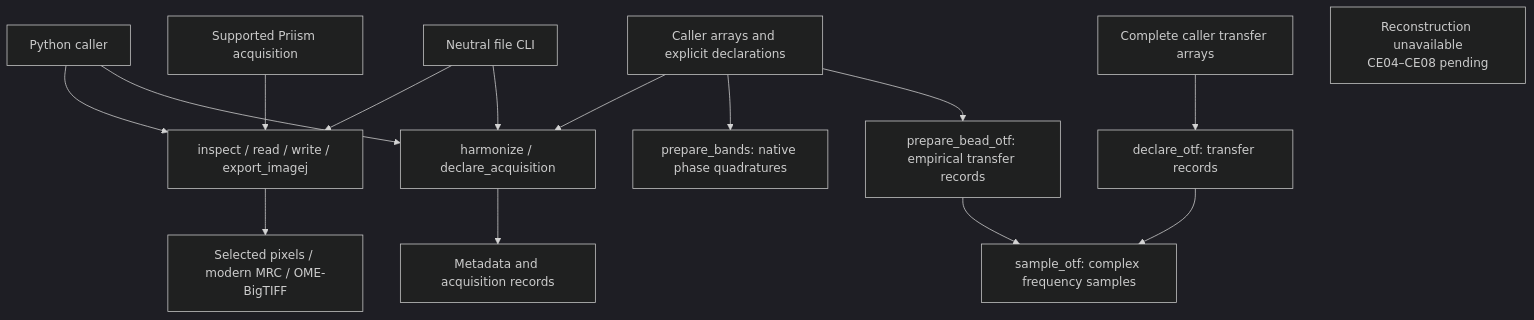
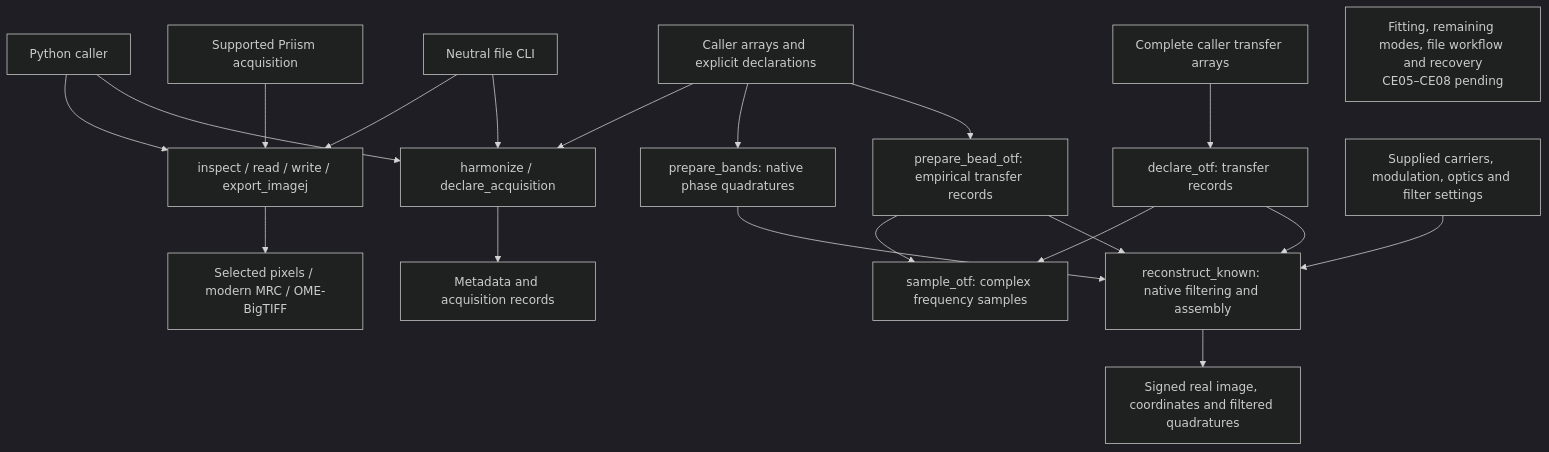
One commit to david-hoffman/simrecon changed the diagram in README.md. Above: the diagram before and after it, drawn with Mermaid (dark theme). The commit also changed other lines of this file and 27 other files, not shown here.

First line of the commit message:
Rebuild known-parameter filtering and assembly (#74)

````diff
--- a/README.md
+++ b/README.md
@@ -39,17 +42,22 @@
 ```mermaid
 flowchart TD
     Python["Python caller"] --> Files["inspect / read / write / export_imagej"]
     Python --> Metadata["harmonize / declare_acquisition"]
     CLI["Neutral file CLI"] --> Files
     CLI --> Metadata
     Source["Supported Priism acquisition"] --> Files
     Arrays["Caller arrays and explicit declarations"] --> Metadata
     Files --> Output["Selected pixels / modern MRC / OME-BigTIFF"]
     Metadata --> Records["Metadata and acquisition records"]
     Arrays --> Bands["prepare_bands: native phase quadratures"]
     Arrays --> Bead["prepare_bead_otf: empirical transfer records"]
     Tables["Complete caller transfer arrays"] --> Declared["declare_otf: transfer records"]
     Bead --> Sampling["sample_otf: complex frequency samples"]
     Declared --> Sampling
-    Future["Reconstruction unavailable<br/>CE04–CE08 pending"]
+    Bands --> Known["reconstruct_known: native filtering and assembly"]
+    Bead --> Known
+    Declared --> Known
+    Parameters["Supplied carriers, modulation, optics and filter settings"] --> Known
+    Known --> Image["Signed real image, coordinates and filtered quadratures"]
+    Future["Fitting, remaining modes, file workflow and recovery<br/>CE05–CE08 pending"]
 ```
````
